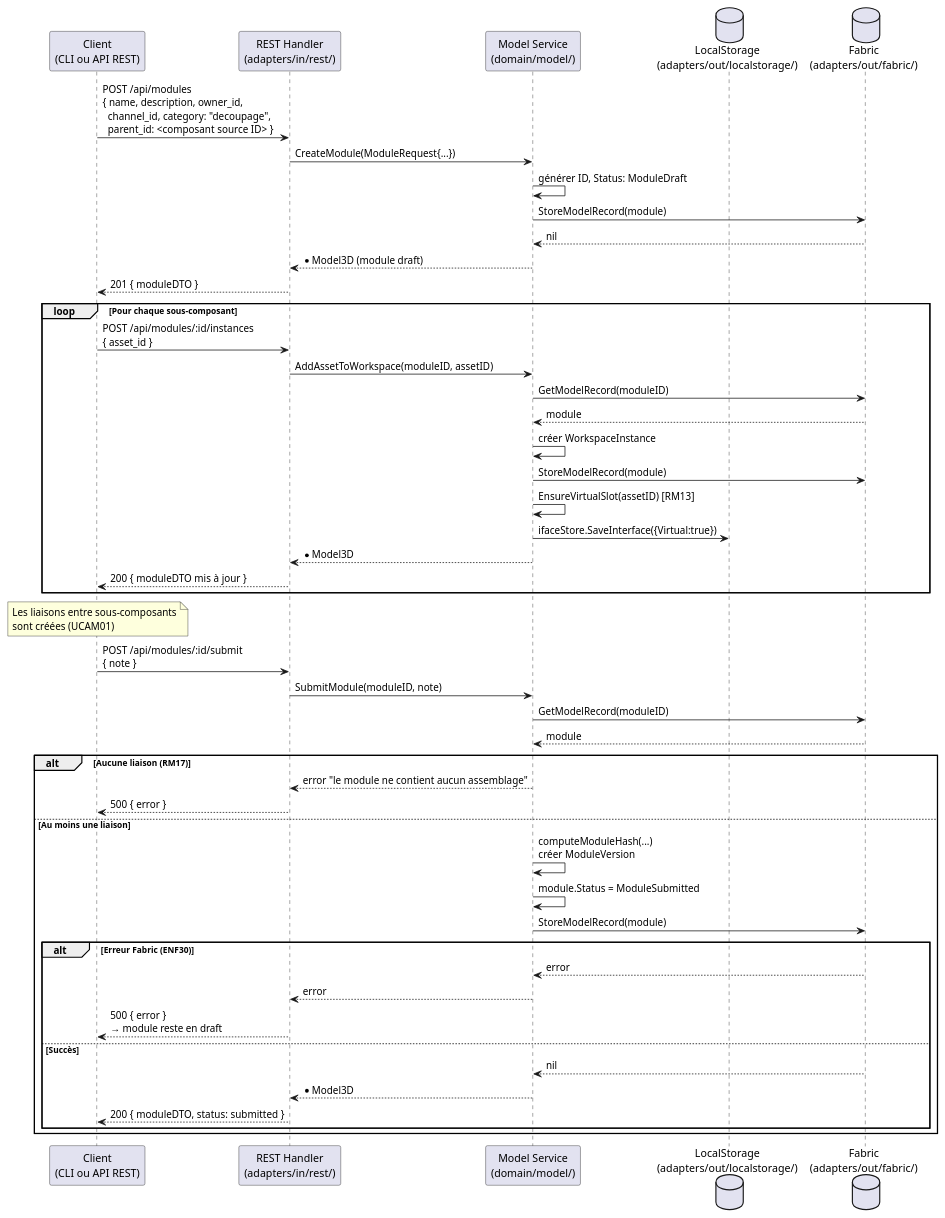
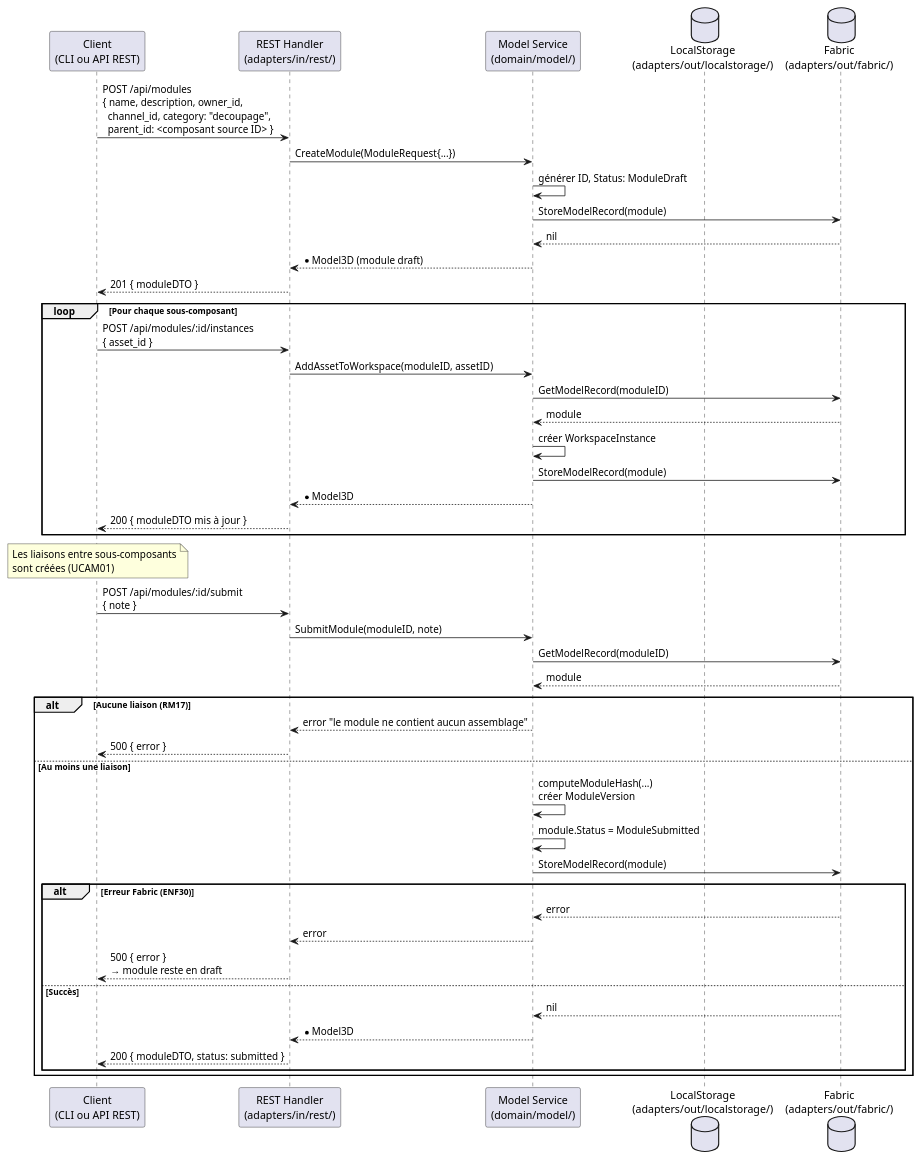
The second of 2 diagrams in specs/2-Analyse/UCAM-Assemblage_Module/UCAM05.md (myr-forge/myr-core), drawn with PlantUML before and after one commit. The commit also changed other lines of this file and 49 other files, not shown here.

````diff
--- a/specs/2-Analyse/UCAM-Assemblage_Module/UCAM05.md
+++ b/specs/2-Analyse/UCAM-Assemblage_Module/UCAM05.md
@@ -188,63 +186,61 @@
 ```plantuml
 @startuml
 participant "Client\n(CLI ou API REST)" as Client
 participant "REST Handler\n(adapters/in/rest/)" as REST
 participant "Model Service\n(domain/model/)" as Service
 database "LocalStorage\n(adapters/out/localstorage/)" as Local
 database "Fabric\n(adapters/out/fabric/)" as Fabric
 
 Client -> REST : POST /api/modules\n{ name, description, owner_id,\n  channel_id, category: "decoupage",\n  parent_id: <composant source ID> }
 
 REST -> Service : CreateModule(ModuleRequest{...})
 Service -> Service : générer ID, Status: ModuleDraft
 Service -> Fabric : StoreModelRecord(module)
 Fabric --> Service : nil
 Service --> REST : *Model3D (module draft)
 REST --> Client : 201 { moduleDTO }
 
 loop Pour chaque sous-composant
 
     Client -> REST : POST /api/modules/:id/instances\n{ asset_id }
 
     REST -> Service : AddAssetToWorkspace(moduleID, assetID)
     Service -> Fabric : GetModelRecord(moduleID)
     Fabric --> Service : module
     Service -> Service : créer WorkspaceInstance
     Service -> Fabric : StoreModelRecord(module)
-    Service -> Service : EnsureVirtualSlot(assetID) [RM13]
-    Service -> Local : ifaceStore.SaveInterface({Virtual:true})
     Service --> REST : *Model3D
     REST --> Client : 200 { moduleDTO mis à jour }
 
 end
 
 note over Client : Les liaisons entre sous-composants\nsont créées (UCAM01)
 
 Client -> REST : POST /api/modules/:id/submit\n{ note }
 
 REST -> Service : SubmitModule(moduleID, note)
 
 Service -> Fabric : GetModelRecord(moduleID)
 Fabric --> Service : module
 
 alt Aucune liaison (RM17)
     Service --> REST : error "le module ne contient aucun assemblage"
     REST --> Client : 500 { error }
 else Au moins une liaison
     Service -> Service : computeModuleHash(...)\ncréer ModuleVersion
     Service -> Service : module.Status = ModuleSubmitted
     Service -> Fabric : StoreModelRecord(module)
 
     alt Erreur Fabric (ENF30)
         Fabric --> Service : error
         Service --> REST : error
         REST --> Client : 500 { error }\n→ module reste en draft
     else Succès
         Fabric --> Service : nil
         Service --> REST : *Model3D
         REST --> Client : 200 { moduleDTO, status: submitted }
     end
 end
 
 @enduml
 ```
````
